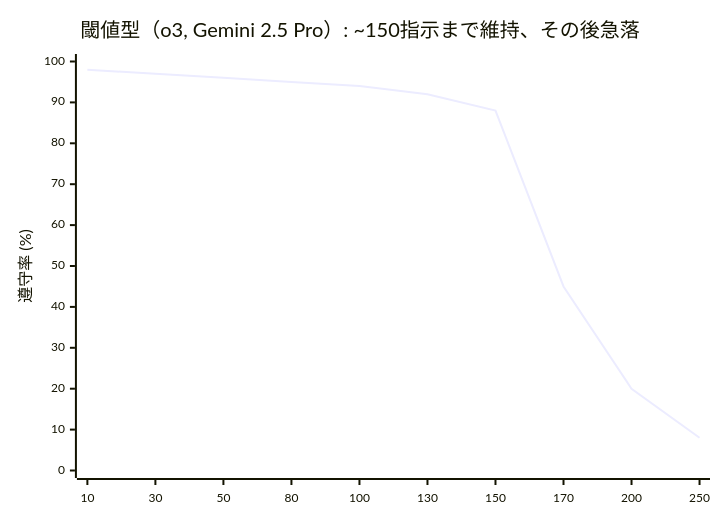
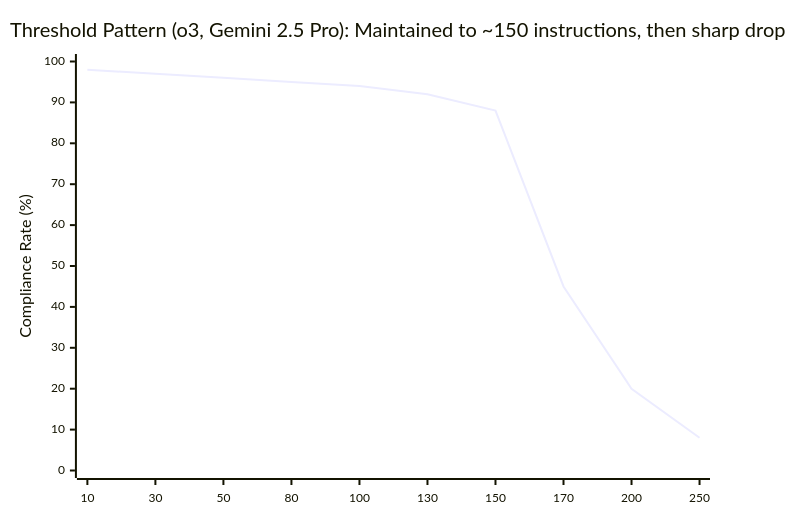
One commit to shuji-bonji/understanding-llm-through-claude-code changed the first of 3 diagrams in docs/01-llm-structural-problems/priority-saturation.md. Above: the diagram before and after it, drawn with Mermaid. The commit also changed other lines of this file and 100 other files, not shown here.

````diff
--- a/docs/01-llm-structural-problems/priority-saturation.md
+++ b/docs/01-llm-structural-problems/priority-saturation.md
@@ -28,15 +30,15 @@
 ```mermaid
 ---
 config:
     xyChart:
         xAxis:
             labelFontSize: 12
         yAxis:
             labelFontSize: 12
 ---
 xychart
-    title "閾値型（o3, Gemini 2.5 Pro）: ~150指示まで維持、その後急落"
+    title "Threshold Pattern (o3, Gemini 2.5 Pro): Maintained to ~150 instructions, then sharp drop"
     x-axis ["10", "30", "50", "80", "100", "130", "150", "170", "200", "250"]
-    y-axis "遵守率 (%)" 0 --> 100
+    y-axis "Compliance Rate (%)" 0 --> 100
     line [98, 97, 96, 95, 94, 92, 88, 45, 20, 8]
 ```
````
